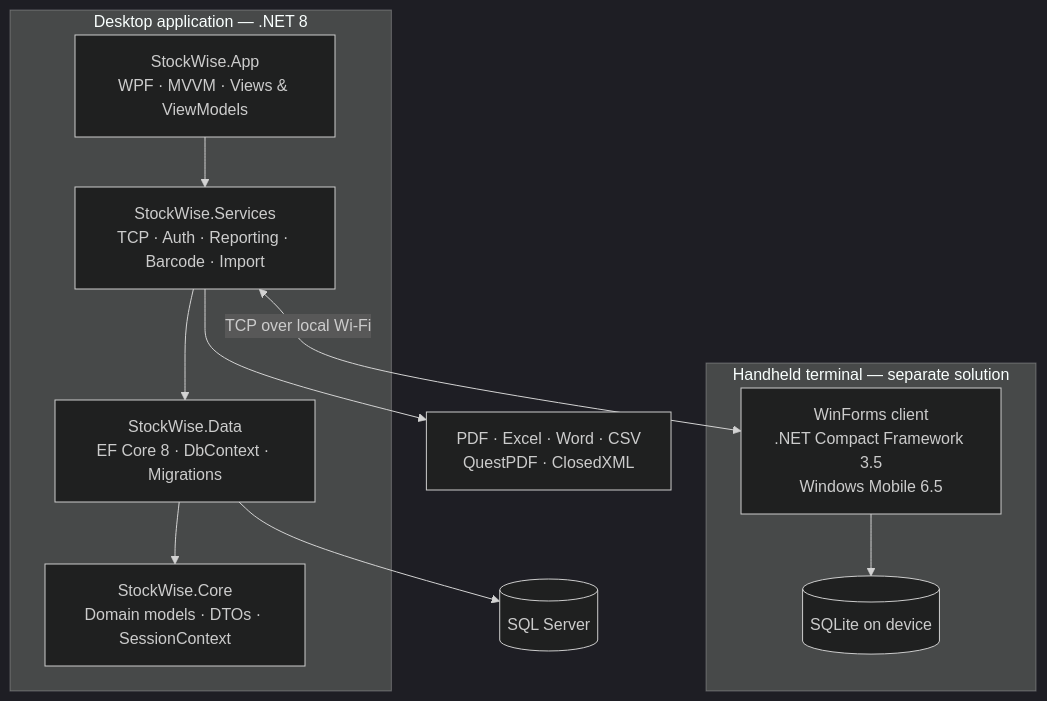
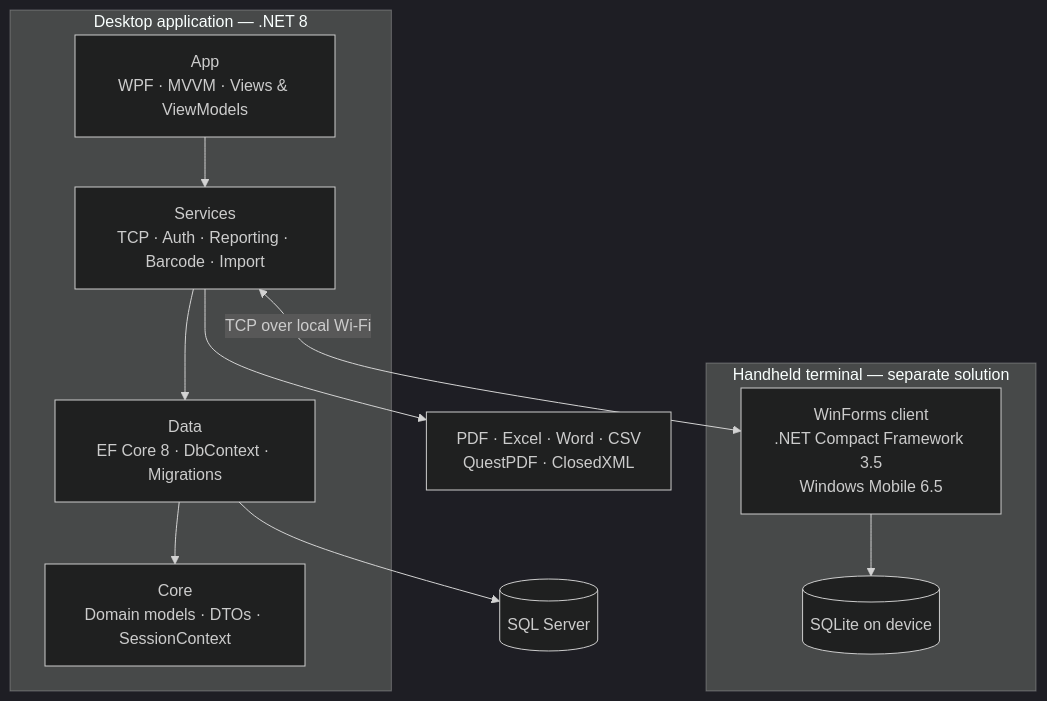
Before and after one commit to OnurrrB/stocktaking-system-case-study: the diagram in README.md, drawn with Mermaid (dark theme). The commit also changed other lines of this file, not shown here.

Commit message:
Remove client name; describe the product by what it is

````diff
--- a/README.md
+++ b/README.md
@@ -36,24 +36,24 @@
 ```mermaid
 flowchart TB
     subgraph Desktop["Desktop application — .NET 8"]
-        App["StockWise.App<br/>WPF · MVVM · Views &amp; ViewModels"]
-        Services["StockWise.Services<br/>TCP · Auth · Reporting · Barcode · Import"]
-        Data["StockWise.Data<br/>EF Core 8 · DbContext · Migrations"]
-        Core["StockWise.Core<br/>Domain models · DTOs · SessionContext"]
+        App["App<br/>WPF · MVVM · Views &amp; ViewModels"]
+        Services["Services<br/>TCP · Auth · Reporting · Barcode · Import"]
+        Data["Data<br/>EF Core 8 · DbContext · Migrations"]
+        Core["Core<br/>Domain models · DTOs · SessionContext"]
         App --> Services --> Data --> Core
     end
 
     DB[("SQL Server")]
     Data --> DB
 
     subgraph Terminal["Handheld terminal — separate solution"]
         TApp["WinForms client<br/>.NET Compact Framework 3.5<br/>Windows Mobile 6.5"]
         TDb[("SQLite on device")]
         TApp --> TDb
     end
 
     Services <-->|"TCP over local Wi-Fi"| TApp
 
     Reports["PDF · Excel · Word · CSV<br/>QuestPDF · ClosedXML"]
     Services --> Reports
 ```
````
